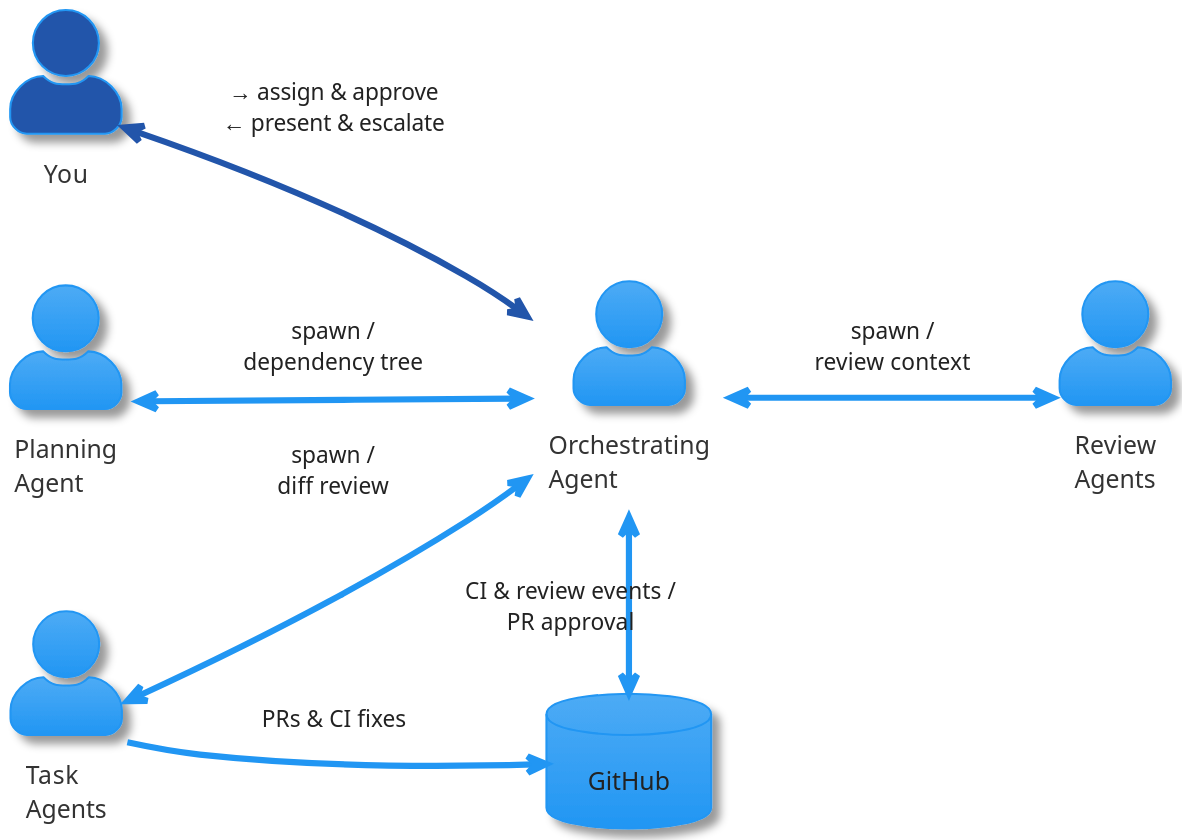
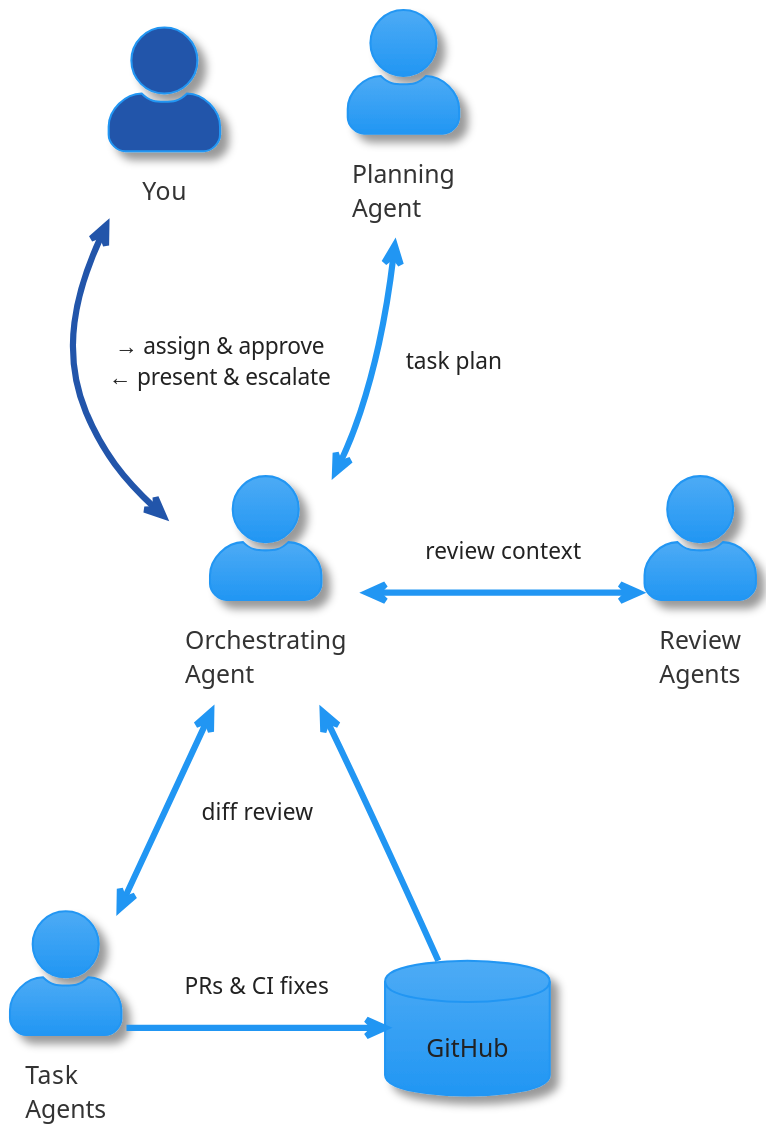
The diagram in docs/orchestration.puml (evanisnor/agent-workflow), drawn with PlantUML before and after one commit. The commit also changed 1 other file, not shown here.

Commit message:
Refine orchestration diagram labels and layout

```diff
--- a/docs/orchestration.puml
+++ b/docs/orchestration.puml
@@ -1,31 +1,34 @@
 @startuml orchestration
 !theme materia
 skinparam dpi 200
 skinparam backgroundColor #FFFFFF
 skinparam actorStyle awesome
 skinparam arrowFontSize 11
 skinparam actorFontSize 12
 skinparam actorFontColor #333333
 
-left to right direction
+top to bottom direction
 
 actor "Planning\nAgent" as pa
-actor "Task\nAgents" as ta
+actor "You" as human #2255AA
 
-actor "You" as human #2255AA
 actor "Orchestrating\nAgent" as oa
 
+actor "Task\nAgents" as ta
 actor "Review\nAgents" as ra
 database "GitHub" as gh
 
 human <-[#2255AA]-> oa : "→ assign & approve\n← present & escalate"
 
-oa <-up-> pa : spawn /\ndependency tree
-oa <-up-> ta : spawn /\ndiff review
+human -[hidden]right-> pa
+
+oa <-up-> pa : task plan
+
+oa <-down-> ta : diff review
 
 ta -right-> gh : PRs & CI fixes
-gh <-left-> oa : CI & review events /\nPR approval
+gh -up-> oa
 
-oa <-down-> ra : spawn /\nreview context
+oa <-right-> ra : review context
 
 @enduml
```
